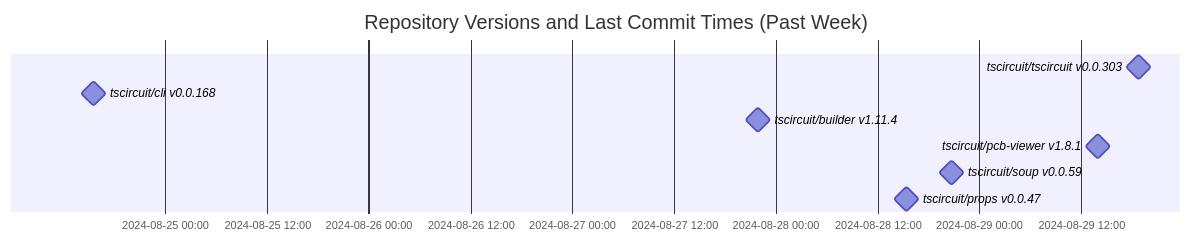
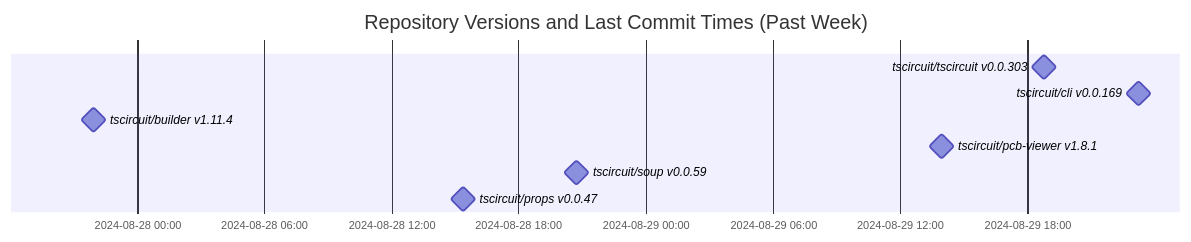
Before and after one commit to tscircuit/version-tracker: the diagram in README.md, drawn with Mermaid.

Commit message:
Update chart

````diff
--- a/README.md
+++ b/README.md
@@ -1,13 +1,13 @@
 ```mermaid
 gantt
   dateFormat  YYYY-MM-DD HH:mm:ss
   title Repository Versions and Last Commit Times (Past Week)
   axisFormat %Y-%m-%d %H:%M
 
   tscircuit/tscircuit v0.0.303 : milestone, 2024-08-29 18:47:58, 1s
-  tscircuit/cli v0.0.168 : milestone, 2024-08-24 15:32:19, 1s
+  tscircuit/cli v0.0.169 : milestone, 2024-08-29 23:15:23, 1s
   tscircuit/builder v1.11.4 : milestone, 2024-08-27 21:56:45, 1s
   tscircuit/pcb-viewer v1.8.1 : milestone, 2024-08-29 13:56:55, 1s
   tscircuit/soup v0.0.59 : milestone, 2024-08-28 20:42:30, 1s
   tscircuit/props v0.0.47 : milestone, 2024-08-28 15:22:20, 1s
 ```
````
